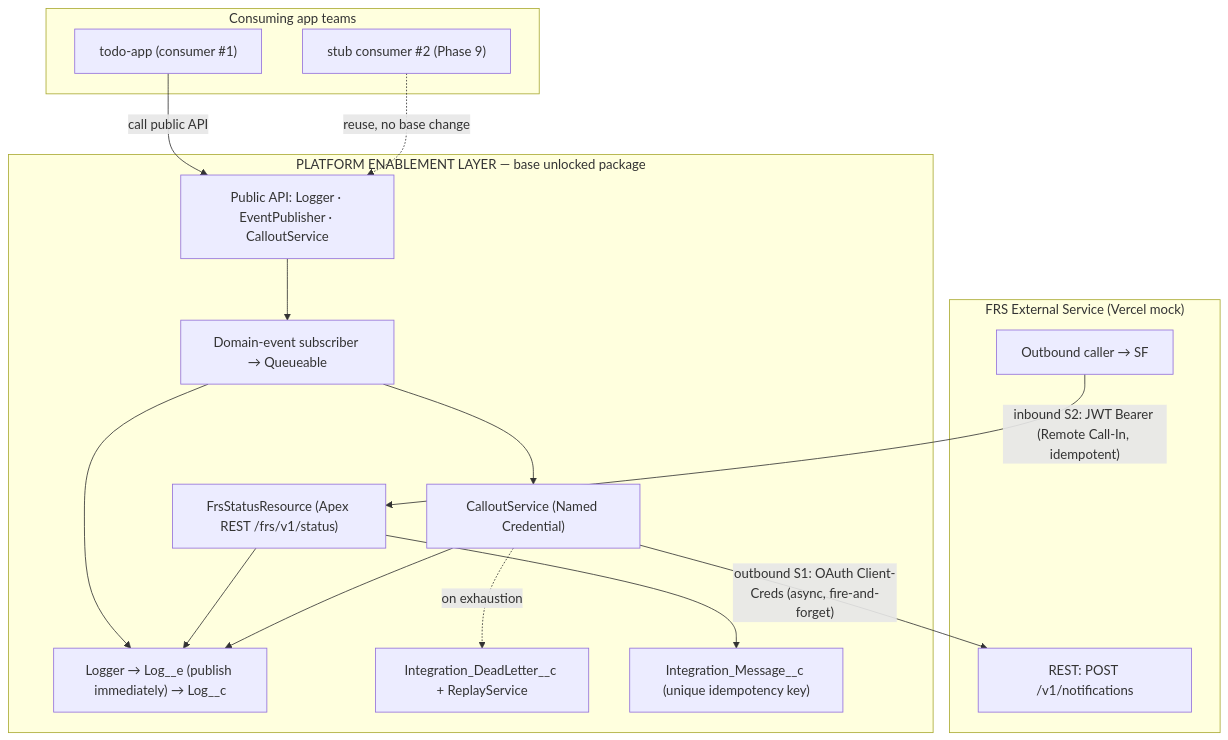
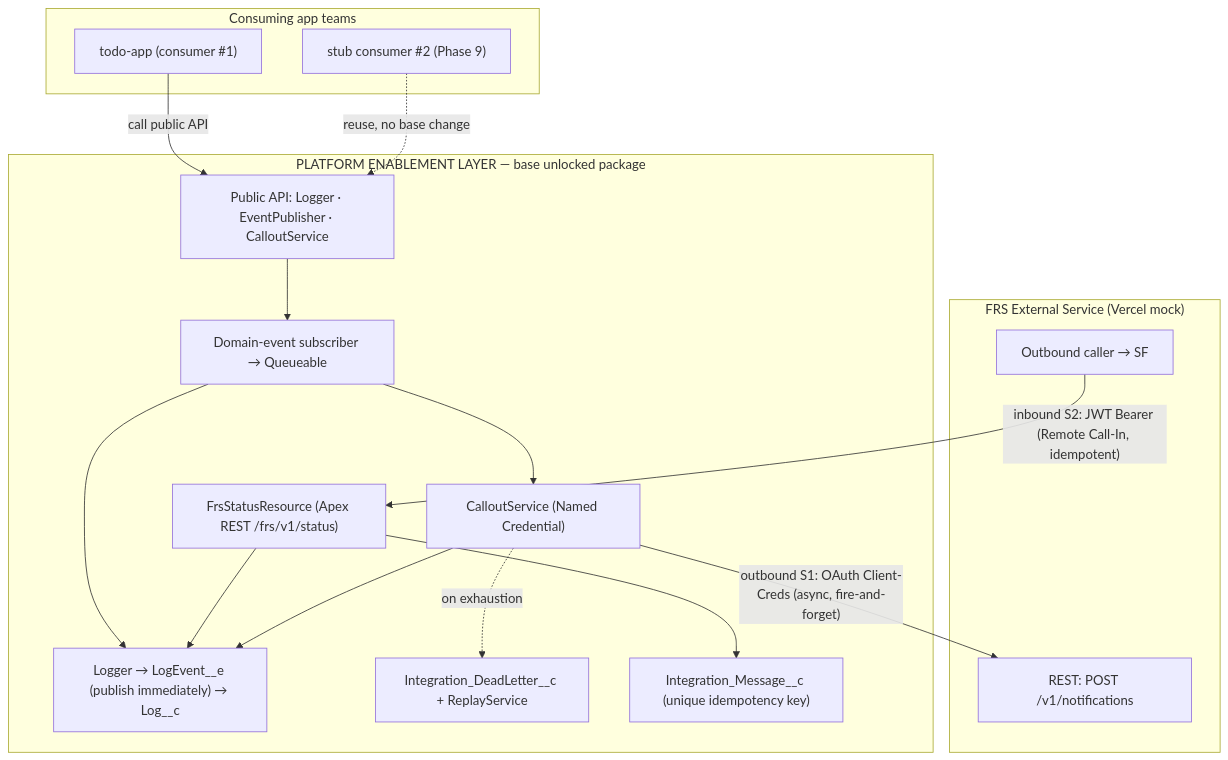
One commit to andysolomon/sf-platform-enablement changed the first of 2 diagrams in docs/architecture/integration-architecture.md. Above: the diagram before and after it, drawn with Mermaid. The commit also changed other lines of this file and 44 other files, not shown here.

First line of the commit message:
feat: walking skeleton (v0.1.0) — Logger/LogEvent__e, CalloutService, inbound resource

````diff
--- a/docs/architecture/integration-architecture.md
+++ b/docs/architecture/integration-architecture.md
@@ -13,33 +13,33 @@
 ```mermaid
 graph TB
     subgraph apps["Consuming app teams"]
         TA["todo-app (consumer #1)"]
         C2["stub consumer #2 (Phase 9)"]
     end
 
     subgraph base["PLATFORM ENABLEMENT LAYER — base unlocked package"]
         API["Public API: Logger · EventPublisher · CalloutService"]
         SUB["Domain-event subscriber → Queueable"]
         CS["CalloutService (Named Credential)"]
         IN["FrsStatusResource (Apex REST /frs/v1/status)"]
-        LOG["Logger → Log__e (publish immediately) → Log__c"]
+        LOG["Logger → LogEvent__e (publish immediately) → Log__c"]
         DL["Integration_DeadLetter__c + ReplayService"]
         IM["Integration_Message__c (unique idempotency key)"]
     end
 
     subgraph frs["FRS External Service (Vercel mock)"]
         EP["REST: POST /v1/notifications"]
         WH["Outbound caller → SF"]
     end
 
     TA -->|"call public API"| API
     C2 -.->|"reuse, no base change"| API
     API --> SUB --> CS
     CS -->|"outbound S1: OAuth Client-Creds (async, fire-and-forget)"| EP
     WH -->|"inbound S2: JWT Bearer (Remote Call-In, idempotent)"| IN
     IN --> IM
     CS -. on exhaustion .-> DL
     SUB --> LOG
     IN --> LOG
     CS --> LOG
 ```
````
